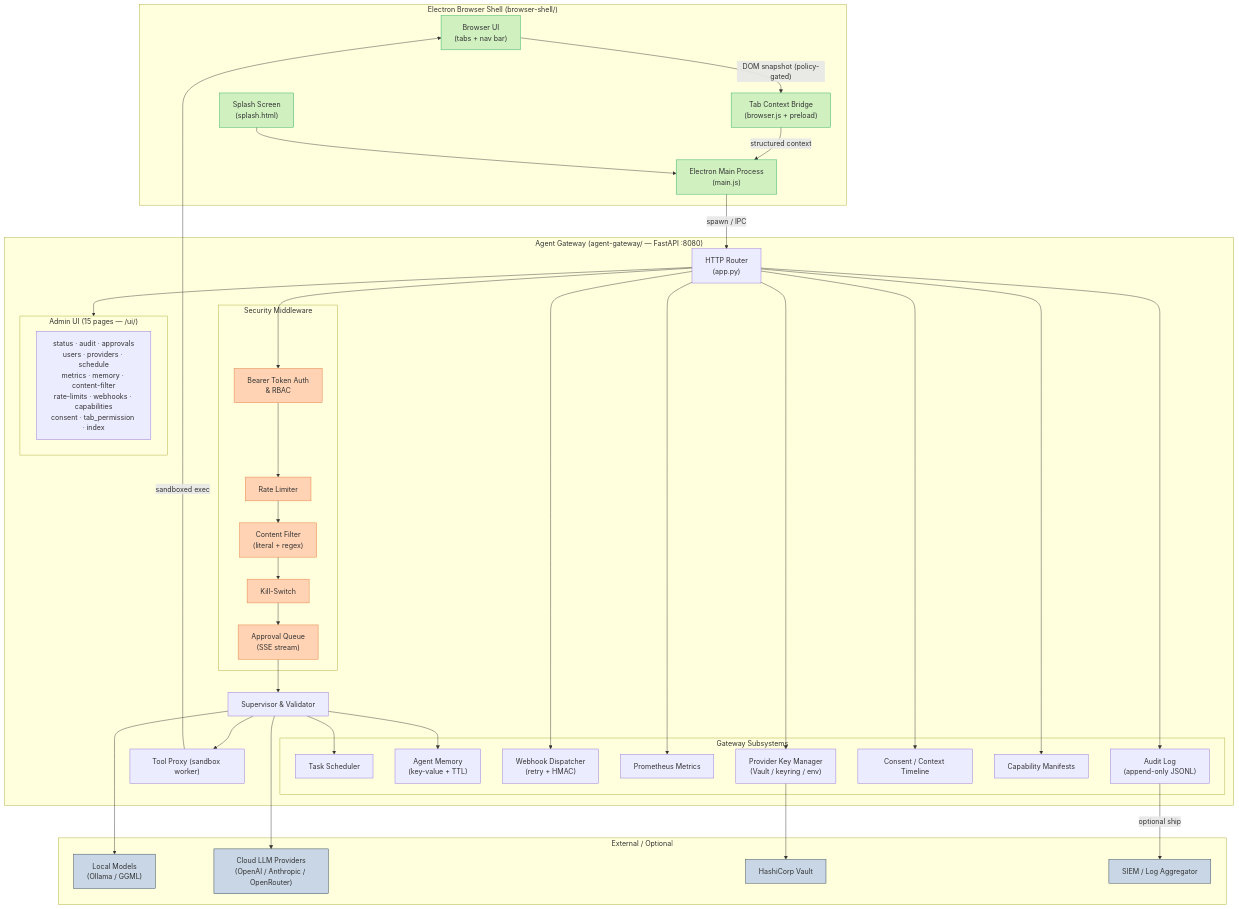
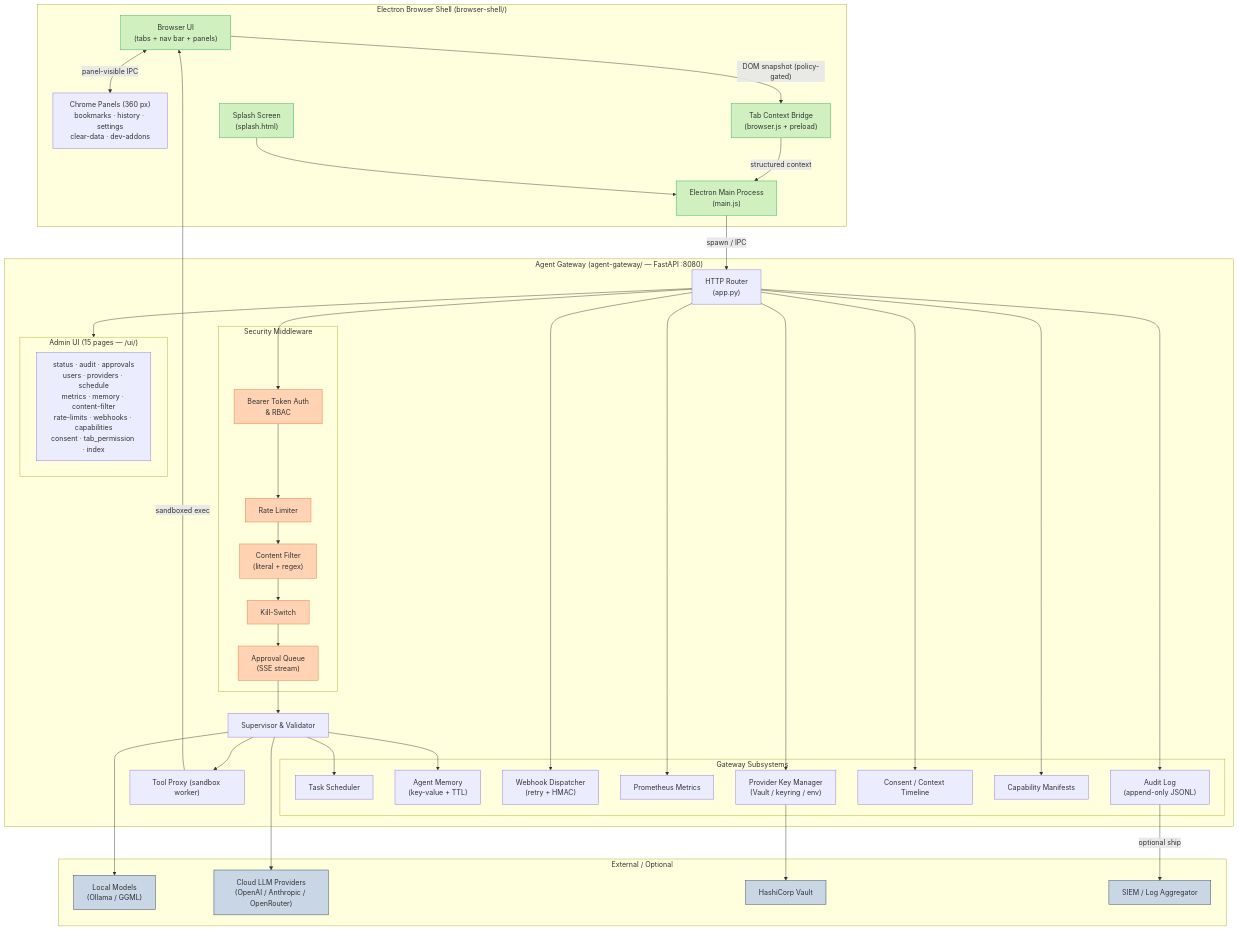
The diagram in ARCHITECTURE.md (UrHighness01/Intelli), drawn with Mermaid before and after one commit. The commit also changed other lines of this file and 8 other files, not shown here.

Commit message:
feat: update architecture and documentation for Chrome panel system and ToolCall input size limit

````diff
--- a/ARCHITECTURE.md
+++ b/ARCHITECTURE.md
@@ -6,7 +6,8 @@
 ```mermaid
 flowchart TD
   subgraph ElectronShell["Electron Browser Shell (browser-shell/)"]
-    BrowserUI["Browser UI\n(tabs + nav bar)"]
+    BrowserUI["Browser UI\n(tabs + nav bar + panels)"]
+    PanelSystem["Chrome Panels (360 px)\nbookmarks · history · settings\nclear-data · dev-addons"]
     TabBridge["Tab Context Bridge\n(browser.js + preload)"]
     Splash["Splash Screen\n(splash.html)"]
     MainProc["Electron Main Process\n(main.js)"]
@@ -49,6 +50,7 @@
   end
 
   BrowserUI -->|"DOM snapshot (policy-gated)"| TabBridge
+  BrowserUI <-->|"panel-visible IPC"| PanelSystem
   TabBridge -->|"structured context"| MainProc
   MainProc -->|"spawn / IPC"| Router
   Splash --> MainProc
````
